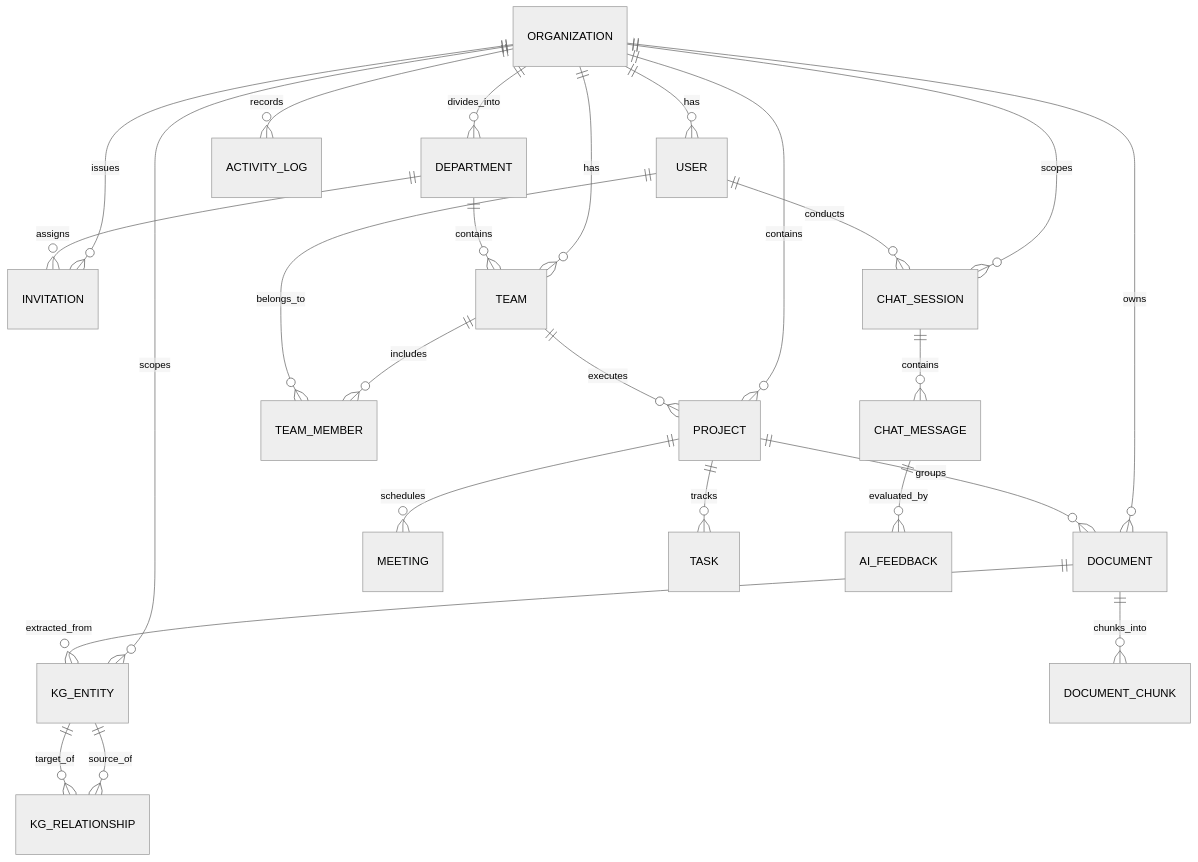
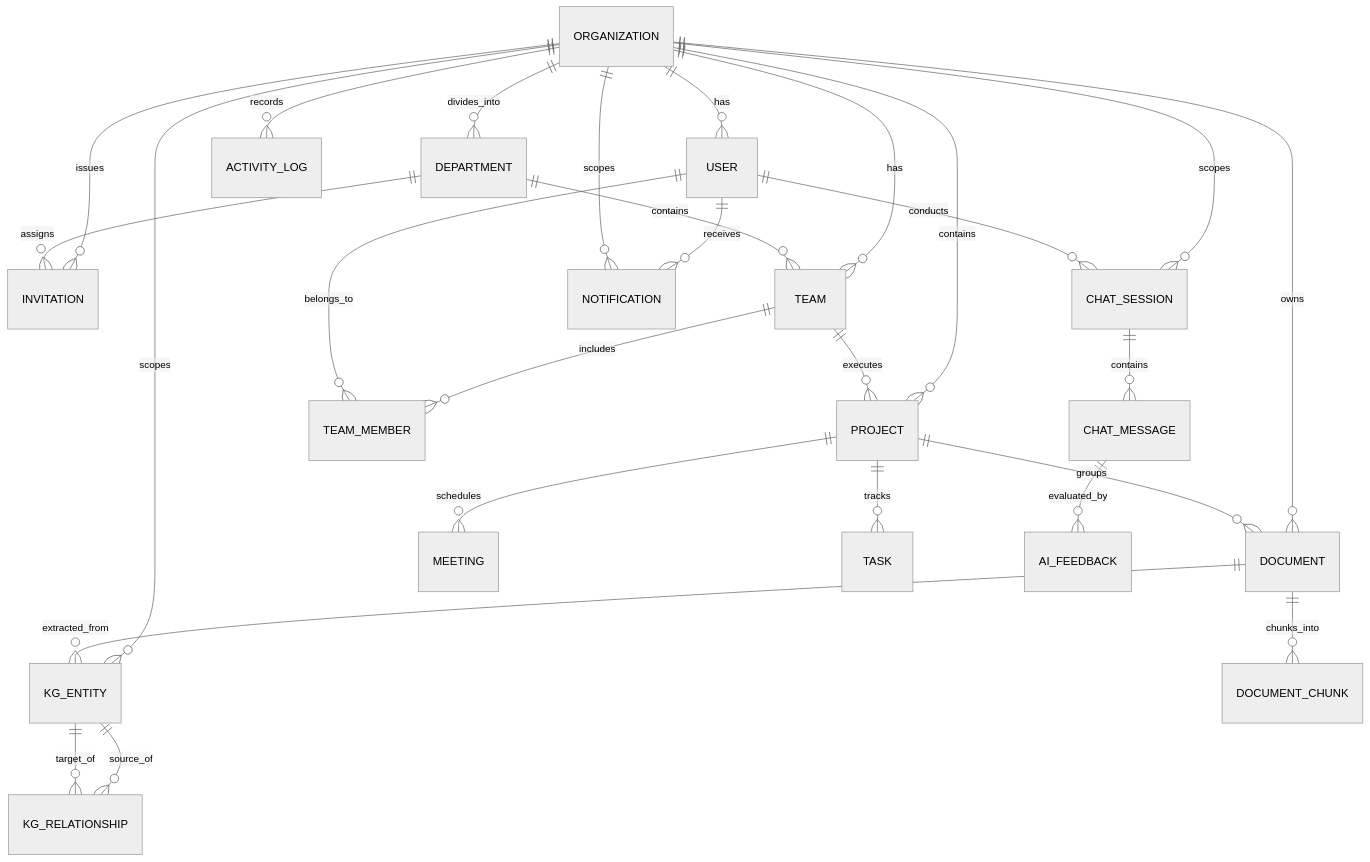
One commit to kyoku404-stack/kyoku changed the diagram in docs/Database/database-schema.md. Above: the diagram before and after it, drawn with Mermaid (neutral theme). The commit also changed other lines of this file and 35 other files, not shown here.

````diff
--- a/docs/Database/database-schema.md
+++ b/docs/Database/database-schema.md
@@ -366,33 +386,35 @@
 ```mermaid
 erDiagram
     ORGANIZATION ||--o{ DEPARTMENT : "divides_into"
     ORGANIZATION ||--o{ INVITATION : "issues"
     ORGANIZATION ||--o{ USER : "has"
     ORGANIZATION ||--o{ TEAM : "has"
     ORGANIZATION ||--o{ PROJECT : "contains"
     ORGANIZATION ||--o{ DOCUMENT : "owns"
     ORGANIZATION ||--o{ KG_ENTITY : "scopes"
     ORGANIZATION ||--o{ CHAT_SESSION : "scopes"
     ORGANIZATION ||--o{ ACTIVITY_LOG : "records"
 
     DEPARTMENT ||--o{ TEAM : "contains"
     DEPARTMENT ||--o{ INVITATION : "assigns"
 
     TEAM ||--o{ TEAM_MEMBER : "includes"
     TEAM ||--o{ PROJECT : "executes"
     USER ||--o{ TEAM_MEMBER : "belongs_to"
 
     PROJECT ||--o{ DOCUMENT : "groups"
     PROJECT ||--o{ MEETING : "schedules"
     PROJECT ||--o{ TASK : "tracks"
 
     DOCUMENT ||--o{ DOCUMENT_CHUNK : "chunks_into"
     DOCUMENT ||--o{ KG_ENTITY : "extracted_from"
 
     KG_ENTITY ||--o{ KG_RELATIONSHIP : "source_of"
     KG_ENTITY ||--o{ KG_RELATIONSHIP : "target_of"
 
     USER ||--o{ CHAT_SESSION : "conducts"
+    USER ||--o{ NOTIFICATION : "receives"
+    ORGANIZATION ||--o{ NOTIFICATION : "scopes"
     CHAT_SESSION ||--o{ CHAT_MESSAGE : "contains"
     CHAT_MESSAGE ||--o{ AI_FEEDBACK : "evaluated_by"
 ```
````
